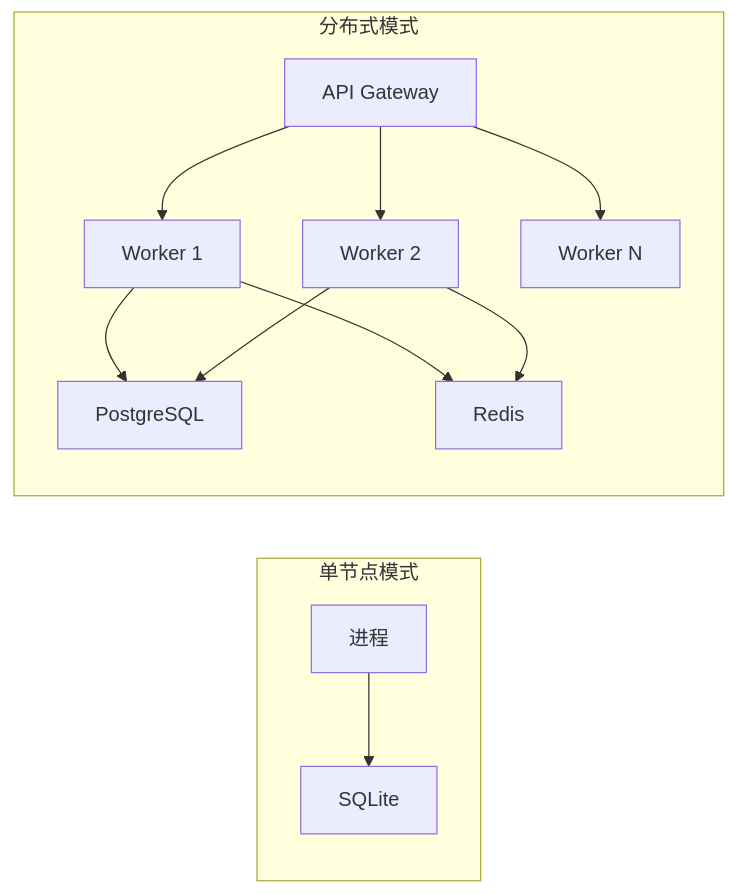
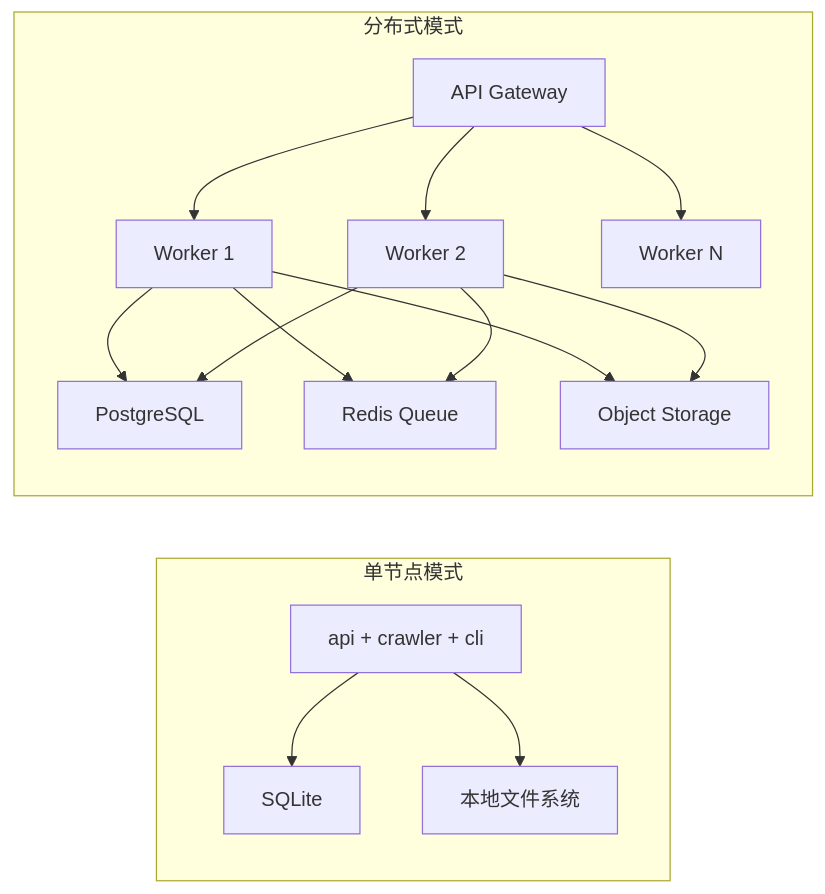
One commit to xjock/sentinel-crawler changed the third of 3 diagrams in docs/architecture.md. Above: the diagram before and after it, drawn with Mermaid. The commit also changed other lines of this file and 1 other file, not shown here.

````diff
--- a/docs/architecture.md
+++ b/docs/architecture.md
@@ -174,16 +427,19 @@
 ```mermaid
 graph LR
     subgraph 单节点模式
-        S1[进程] --> S2[SQLite]
+        S1[api + crawler + cli] --> S2[SQLite]
+        S1 --> S3[本地文件系统]
     end
 
     subgraph 分布式模式
         D1[API Gateway] --> D2[Worker 1]
         D1 --> D3[Worker 2]
         D1 --> D4[Worker N]
         D2 --> D5[PostgreSQL]
-        D2 --> D6[Redis]
+        D2 --> D6[Redis Queue]
+        D2 --> D7[Object Storage]
         D3 --> D5
         D3 --> D6
+        D3 --> D7
     end
 ```
````
